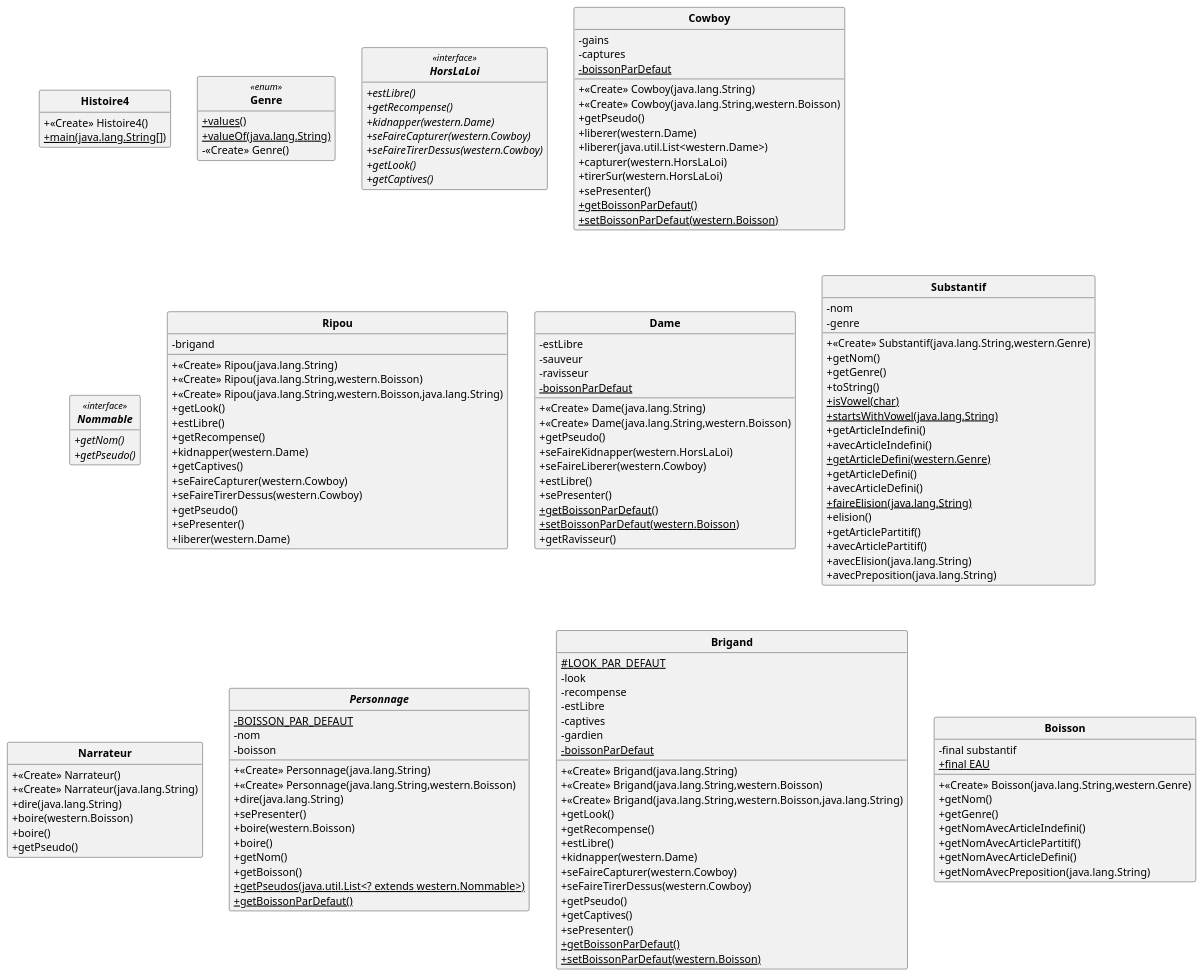
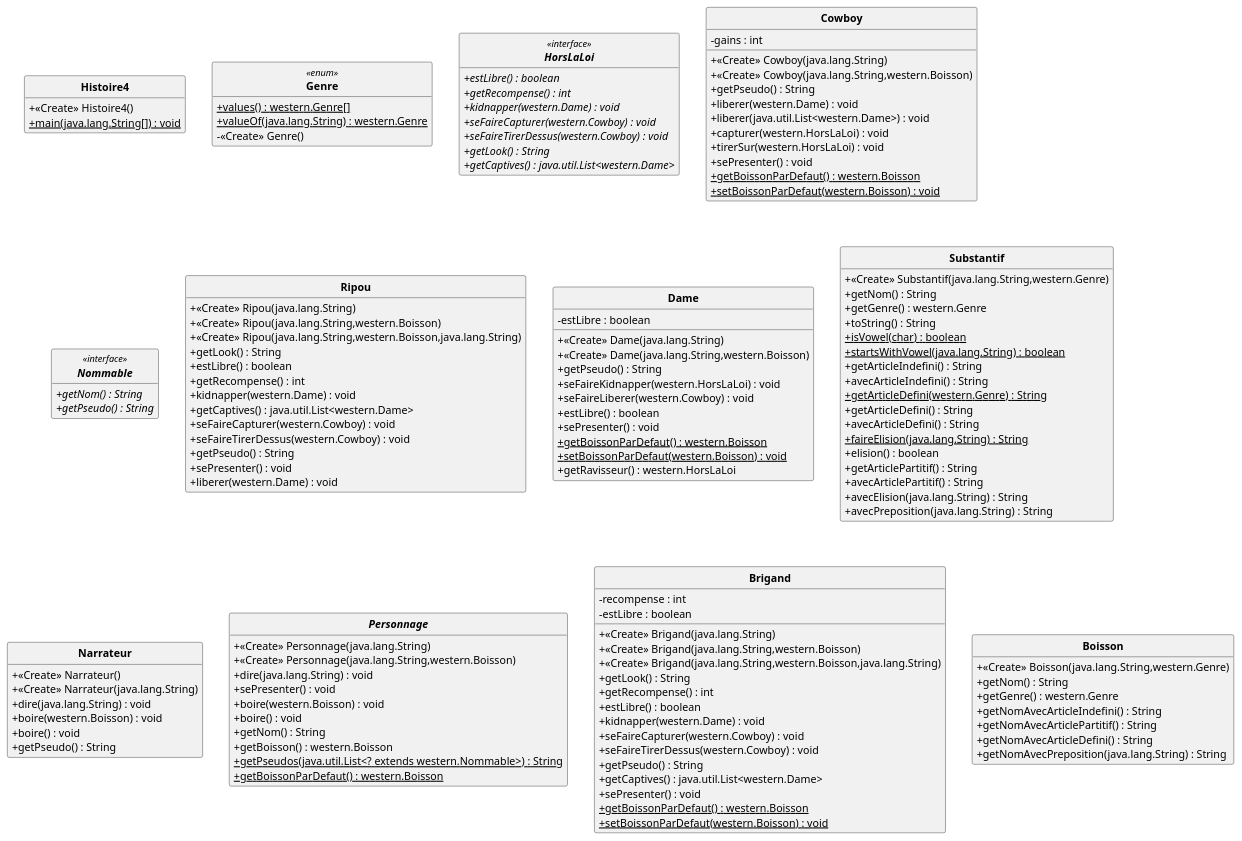
One commit to yassinkioua/Projet-PumlFromJava changed the diagram in western.puml. Above: the diagram before and after it, drawn with PlantUML. The commit also changed 1 other file, not shown here.

```diff
--- a/western.puml
+++ b/western.puml
@@ -1,166 +1,148 @@
 @startuml
 'https://plantuml.com/class-diagram 
 skinparam classAttributeIconSize 0 
 skinparam classFontStyle Bold
 skinparam style strictuml
 hide empty members
 class Histoire4{ 
 + <<Create>> Histoire4()
-+ {static} main(java.lang.String[])
++ {static} main(java.lang.String[]) : void
 
  } 
 enum Genre <<enum>> { 
-+ {static} values()
-+ {static} valueOf(java.lang.String)
++ {static} values() : western.Genre[]
++ {static} valueOf(java.lang.String) : western.Genre
 - <<Create>> Genre()
 
  } 
 interface HorsLaLoi <<interface>> { 
-+ {abstract} estLibre()
-+ {abstract} getRecompense()
-+ {abstract} kidnapper(western.Dame)
-+ {abstract} seFaireCapturer(western.Cowboy)
-+ {abstract} seFaireTirerDessus(western.Cowboy)
-+ {abstract} getLook()
-+ {abstract} getCaptives()
++ {abstract} estLibre() : boolean
++ {abstract} getRecompense() : int
++ {abstract} kidnapper(western.Dame) : void
++ {abstract} seFaireCapturer(western.Cowboy) : void
++ {abstract} seFaireTirerDessus(western.Cowboy) : void
++ {abstract} getLook() : String 
++ {abstract} getCaptives() : java.util.List<western.Dame>
 
  } 
 class Cowboy{ 
-- gains
-- captures
+- gains : int
 + <<Create>> Cowboy(java.lang.String)
 + <<Create>> Cowboy(java.lang.String,western.Boisson)
-+ getPseudo()
-+ liberer(western.Dame)
-+ liberer(java.util.List<western.Dame>)
-+ capturer(western.HorsLaLoi)
-+ tirerSur(western.HorsLaLoi)
-+ sePresenter()
-- {static} boissonParDefaut
-+ {static} getBoissonParDefaut()
-+ {static} setBoissonParDefaut(western.Boisson)
++ getPseudo() : String 
++ liberer(western.Dame) : void
++ liberer(java.util.List<western.Dame>) : void
++ capturer(western.HorsLaLoi) : void
++ tirerSur(western.HorsLaLoi) : void
++ sePresenter() : void
++ {static} getBoissonParDefaut() : western.Boisson
++ {static} setBoissonParDefaut(western.Boisson) : void
 
  } 
 interface Nommable <<interface>> { 
-+ {abstract} getNom()
-+ {abstract} getPseudo()
++ {abstract} getNom() : String 
++ {abstract} getPseudo() : String 
 
  } 
 class Ripou{ 
-- brigand
 + <<Create>> Ripou(java.lang.String)
 + <<Create>> Ripou(java.lang.String,western.Boisson)
 + <<Create>> Ripou(java.lang.String,western.Boisson,java.lang.String)
-+ getLook()
-+ estLibre()
-+ getRecompense()
-+ kidnapper(western.Dame)
-+ getCaptives()
-+ seFaireCapturer(western.Cowboy)
-+ seFaireTirerDessus(western.Cowboy)
-+ getPseudo()
-+ sePresenter()
-+ liberer(western.Dame)
++ getLook() : String 
++ estLibre() : boolean
++ getRecompense() : int
++ kidnapper(western.Dame) : void
++ getCaptives() : java.util.List<western.Dame>
++ seFaireCapturer(western.Cowboy) : void
++ seFaireTirerDessus(western.Cowboy) : void
++ getPseudo() : String 
++ sePresenter() : void
++ liberer(western.Dame) : void
 
  } 
 class Dame{ 
-- estLibre
-- sauveur
-- ravisseur
+- estLibre : boolean
 + <<Create>> Dame(java.lang.String)
 + <<Create>> Dame(java.lang.String,western.Boisson)
-+ getPseudo()
-+ seFaireKidnapper(western.HorsLaLoi)
-+ seFaireLiberer(western.Cowboy)
-+ estLibre()
-+ sePresenter()
-- {static} boissonParDefaut
-+ {static} getBoissonParDefaut()
-+ {static} setBoissonParDefaut(western.Boisson)
-+ getRavisseur()
++ getPseudo() : String 
++ seFaireKidnapper(western.HorsLaLoi) : void
++ seFaireLiberer(western.Cowboy) : void
++ estLibre() : boolean
++ sePresenter() : void
++ {static} getBoissonParDefaut() : western.Boisson
++ {static} setBoissonParDefaut(western.Boisson) : void
++ getRavisseur() : western.HorsLaLoi
 
  } 
 class Substantif{ 
-- nom
-- genre
 + <<Create>> Substantif(java.lang.String,western.Genre)
-+ getNom()
-+ getGenre()
-+ toString()
-+ {static} isVowel(char)
-+ {static} startsWithVowel(java.lang.String)
-+ getArticleIndefini()
-+ avecArticleIndefini()
-+ {static} getArticleDefini(western.Genre)
-+ getArticleDefini()
-+ avecArticleDefini()
-+ {static} faireElision(java.lang.String)
-+ elision()
-+ getArticlePartitif()
-+ avecArticlePartitif()
-+ avecElision(java.lang.String)
-+ avecPreposition(java.lang.String)
++ getNom() : String 
++ getGenre() : western.Genre
++ toString() : String 
++ {static} isVowel(char) : boolean
++ {static} startsWithVowel(java.lang.String) : boolean
++ getArticleIndefini() : String 
++ avecArticleIndefini() : String 
++ {static} getArticleDefini(western.Genre) : String 
++ getArticleDefini() : String 
++ avecArticleDefini() : String 
++ {static} faireElision(java.lang.String) : String 
++ elision() : boolean
++ getArticlePartitif() : String 
++ avecArticlePartitif() : String 
++ avecElision(java.lang.String) : String 
++ avecPreposition(java.lang.String) : String 
 
  } 
 class Narrateur{ 
 + <<Create>> Narrateur()
 + <<Create>> Narrateur(java.lang.String)
-+ dire(java.lang.String)
-+ boire(western.Boisson)
-+ boire()
-+ getPseudo()
++ dire(java.lang.String) : void
++ boire(western.Boisson) : void
++ boire() : void
++ getPseudo() : String 
 
  } 
 abstract class Personnage{ 
-- {static} BOISSON_PAR_DEFAUT
-- nom
-- boisson
 + <<Create>> Personnage(java.lang.String)
 + <<Create>> Personnage(java.lang.String,western.Boisson)
-+ dire(java.lang.String)
-+ sePresenter()
-+ boire(western.Boisson)
-+ boire()
-+ getNom()
-+ getBoisson()
-+ {static} getPseudos(java.util.List<? extends western.Nommable>)
-+ {static} getBoissonParDefaut()
++ dire(java.lang.String) : void
++ sePresenter() : void
++ boire(western.Boisson) : void
++ boire() : void
++ getNom() : String 
++ getBoisson() : western.Boisson
++ {static} getPseudos(java.util.List<? extends western.Nommable>) : String 
++ {static} getBoissonParDefaut() : western.Boisson
 
  } 
 class Brigand{ 
-# {static} LOOK_PAR_DEFAUT
-- look
-- recompense
-- estLibre
-- captives
-- gardien
+- recompense : int
+- estLibre : boolean
 + <<Create>> Brigand(java.lang.String)
 + <<Create>> Brigand(java.lang.String,western.Boisson)
 + <<Create>> Brigand(java.lang.String,western.Boisson,java.lang.String)
-+ getLook()
-+ getRecompense()
-+ estLibre()
-+ kidnapper(western.Dame)
-+ seFaireCapturer(western.Cowboy)
-+ seFaireTirerDessus(western.Cowboy)
-+ getPseudo()
-+ getCaptives()
-+ sePresenter()
-- {static} boissonParDefaut
-+ {static} getBoissonParDefaut()
-+ {static} setBoissonParDefaut(western.Boisson)
++ getLook() : String 
++ getRecompense() : int
++ estLibre() : boolean
++ kidnapper(western.Dame) : void
++ seFaireCapturer(western.Cowboy) : void
++ seFaireTirerDessus(western.Cowboy) : void
++ getPseudo() : String 
++ getCaptives() : java.util.List<western.Dame>
++ sePresenter() : void
++ {static} getBoissonParDefaut() : western.Boisson
++ {static} setBoissonParDefaut(western.Boisson) : void
 
  } 
 class Boisson{ 
-- final substantif
-+ {static} final EAU
 + <<Create>> Boisson(java.lang.String,western.Genre)
-+ getNom()
-+ getGenre()
-+ getNomAvecArticleIndefini()
-+ getNomAvecArticlePartitif()
-+ getNomAvecArticleDefini()
-+ getNomAvecPreposition(java.lang.String)
++ getNom() : String 
++ getGenre() : western.Genre
++ getNomAvecArticleIndefini() : String 
++ getNomAvecArticlePartitif() : String 
++ getNomAvecArticleDefini() : String 
++ getNomAvecPreposition(java.lang.String) : String 
 
  } 
 @enduml
```
